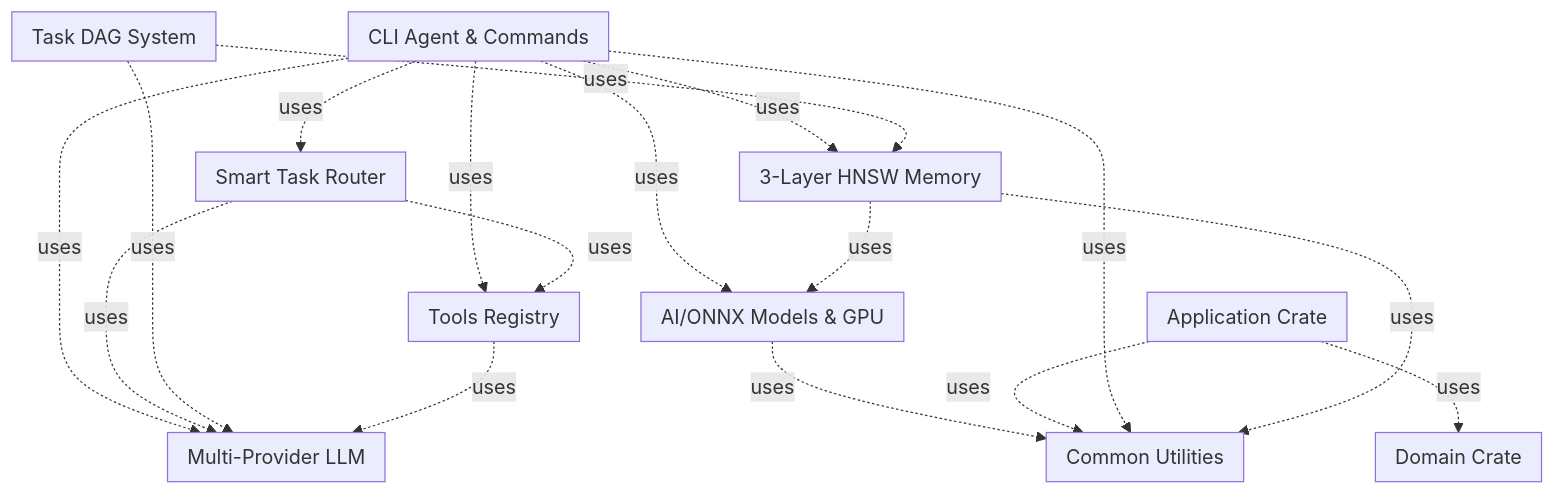
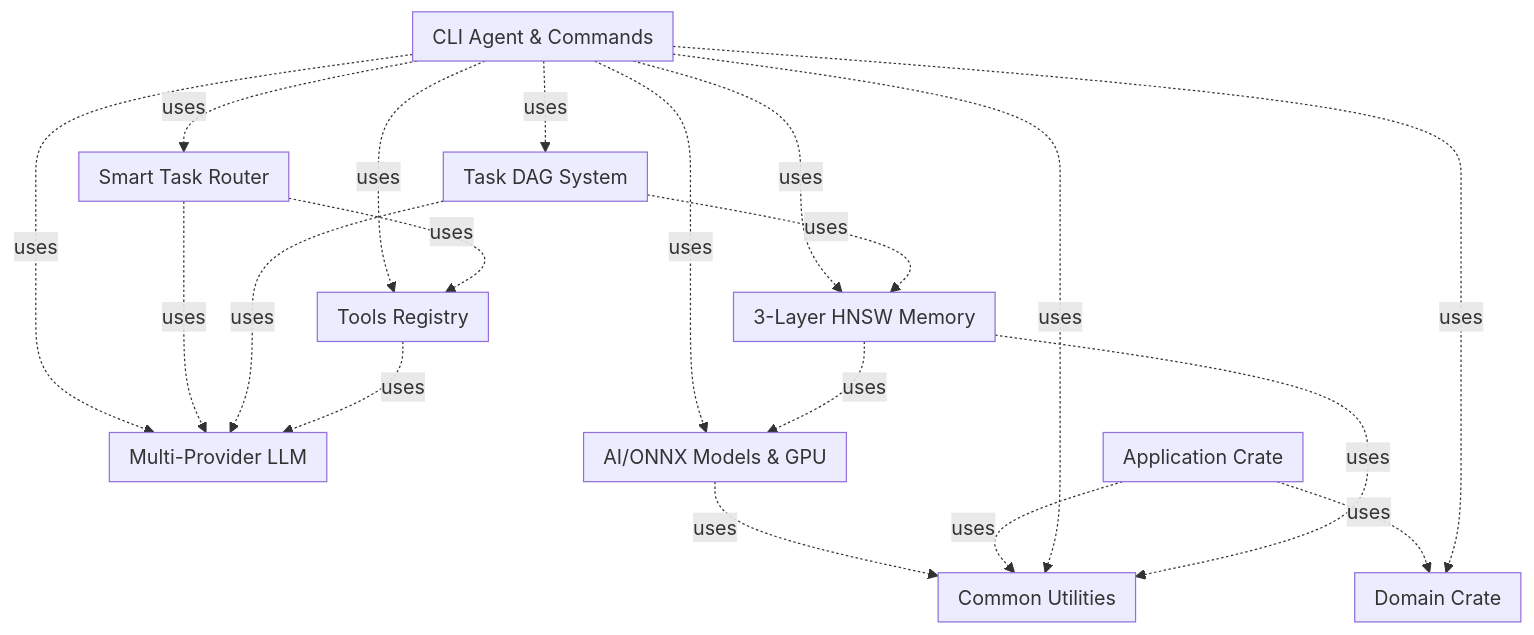
Before and after one commit to iMAGRAY/MAGRAY_Cli: the diagram in CLAUDE.md, drawn with Mermaid. The commit also changed other lines of this file and 80 other files, not shown here.

````diff
--- a/CLAUDE.md
+++ b/CLAUDE.md
@@ -171,57 +172,59 @@
 ```mermaid
 graph TB
 
     subgraph AI[AI/ONNX Models & GPU]
     end
 
     subgraph APPLICATION[Application Crate]
     end
 
     subgraph CLI[CLI Agent & Commands]
     end
 
     subgraph COMMON[Common Utilities]
     end
 
     subgraph DOMAIN[Domain Crate]
     end
 
     subgraph LLM[Multi-Provider LLM]
     end
 
     subgraph MEMORY[3-Layer HNSW Memory]
     end
 
     subgraph ROUTER[Smart Task Router]
     end
 
     subgraph TODO[Task DAG System]
     end
 
     subgraph TOOLS[Tools Registry]
     end
 
     %% Зависимости между крейтами
     AI -.->|uses| COMMON
     APPLICATION -.->|uses| DOMAIN
     APPLICATION -.->|uses| COMMON
+    CLI -.->|uses| TODO
+    CLI -.->|uses| DOMAIN
     CLI -.->|uses| ROUTER
+    CLI -.->|uses| LLM
     CLI -.->|uses| COMMON
     CLI -.->|uses| TOOLS
-    CLI -.->|uses| LLM
     CLI -.->|uses| AI
     CLI -.->|uses| MEMORY
     MEMORY -.->|uses| COMMON
     MEMORY -.->|uses| AI
     ROUTER -.->|uses| TOOLS
     ROUTER -.->|uses| LLM
+    TODO -.->|uses| MEMORY
     TODO -.->|uses| LLM
-    TODO -.->|uses| MEMORY
     TOOLS -.->|uses| LLM
 
     classDef crate fill:#e3f2fd,stroke:#1976d2,stroke-width:2px
     classDef testFile fill:#ffebee,stroke:#c62828,stroke-width:1px,stroke-dasharray: 5 5
     classDef mockFile fill:#fce4ec,stroke:#ad1457,stroke-width:1px,stroke-dasharray: 3 3
     classDef exampleFile fill:#e8f5e9,stroke:#2e7d32,stroke-width:1px
     classDef problemFile fill:#ffcdd2,stroke:#d32f2f,stroke-width:2px
 ```
````
